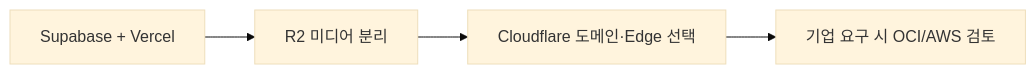
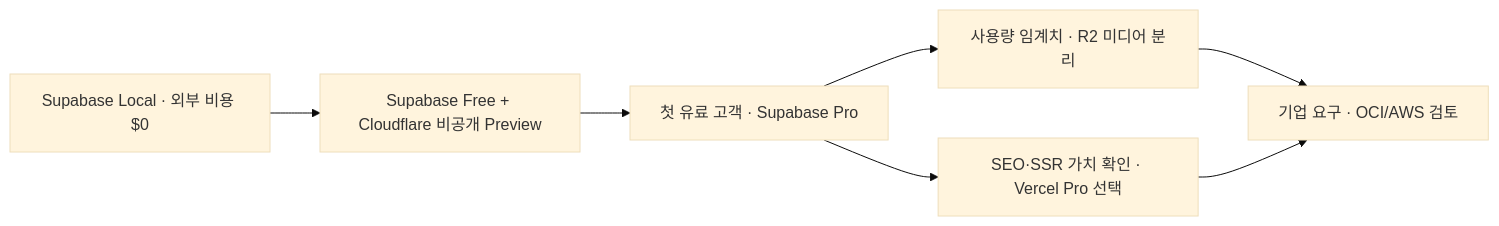
The second of 2 diagrams in docs/PLATFORM_ARCHITECTURE_OPTIONS.md (kyungsikjeung/cello), drawn with Mermaid (base theme) before and after one commit. The commit also changed other lines of this file and 7 other files, not shown here.

Commit message:
Document cost-first local backend architecture

````diff
--- a/docs/PLATFORM_ARCHITECTURE_OPTIONS.md
+++ b/docs/PLATFORM_ARCHITECTURE_OPTIONS.md
@@ -337,6 +347,9 @@
 ```mermaid
 flowchart LR
-    a["Supabase + Vercel"] --> b["R2 미디어 분리"]
-    b --> c["Cloudflare 도메인·Edge 선택"]
-    c --> d["기업 요구 시 OCI/AWS 검토"]
+    local["Supabase Local · 외부 비용 $0"] --> preview["Supabase Free + Cloudflare 비공개 Preview"]
+    preview --> paid["첫 유료 고객 · Supabase Pro"]
+    paid --> r2["사용량 임계치 · R2 미디어 분리"]
+    paid --> vercel["SEO·SSR 가치 확인 · Vercel Pro 선택"]
+    r2 --> enterprise["기업 요구 · OCI/AWS 검토"]
+    vercel --> enterprise
 ```
````
